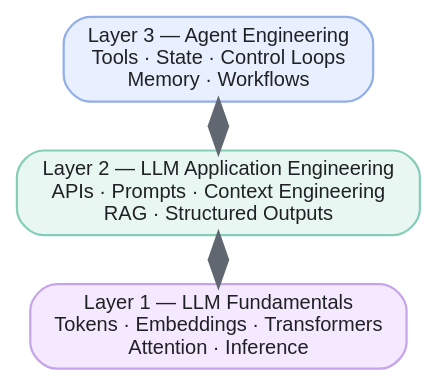
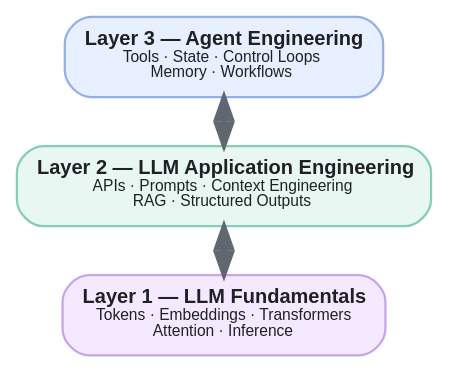
One commit to lngsa1234/my-llm-playground changed the first of 5 diagrams in knowledge_base/week-01-llm-fundamentals/concepts.md. Above: the diagram before and after it, drawn with Graphviz.

Commit message:
Reduce learning layers detail text

````diff
--- a/knowledge_base/week-01-llm-fundamentals/concepts.md
+++ b/knowledge_base/week-01-llm-fundamentals/concepts.md
@@ -5,13 +5,13 @@
 ```graphviz
 // width: 360
 // center
 digraph learning_layers {
   rankdir=BT; bgcolor="transparent"; nodesep=.25; ranksep=.3;
   node [shape=box style="rounded,filled" fontname="Arial" fontsize=9 fontcolor="#202124" margin=".12,.06"];
-  fundamentals [label="Layer 1 — LLM Fundamentals\nTokens · Embeddings · Transformers\nAttention · Inference" fillcolor="#F5E9FF" color="#C5A5E9"];
-  application [label="Layer 2 — LLM Application Engineering\nAPIs · Prompts · Context Engineering\nRAG · Structured Outputs" fillcolor="#E8F7F2" color="#86CDB7"];
-  agents [label="Layer 3 — Agent Engineering\nTools · State · Control Loops\nMemory · Workflows" fillcolor="#E8F0FF" color="#92AFE8"];
+  fundamentals [label=<<B>Layer 1 — LLM Fundamentals</B><BR/><FONT POINT-SIZE="7">Tokens · Embeddings · Transformers<BR/>Attention · Inference</FONT>> fillcolor="#F5E9FF" color="#C5A5E9"];
+  application [label=<<B>Layer 2 — LLM Application Engineering</B><BR/><FONT POINT-SIZE="7">APIs · Prompts · Context Engineering<BR/>RAG · Structured Outputs</FONT>> fillcolor="#E8F7F2" color="#86CDB7"];
+  agents [label=<<B>Layer 3 — Agent Engineering</B><BR/><FONT POINT-SIZE="7">Tools · State · Control Loops<BR/>Memory · Workflows</FONT>> fillcolor="#E8F0FF" color="#92AFE8"];
   fundamentals -> application [dir=both color="#606770" penwidth=2];
   application -> agents [dir=both color="#606770" penwidth=2];
 }
 ```
````
